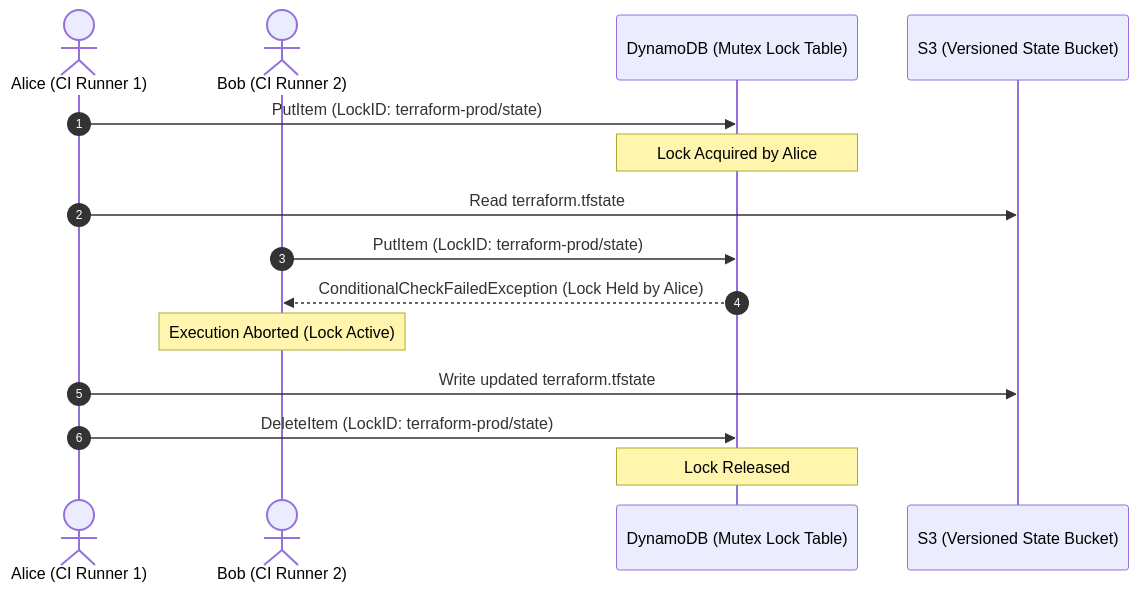
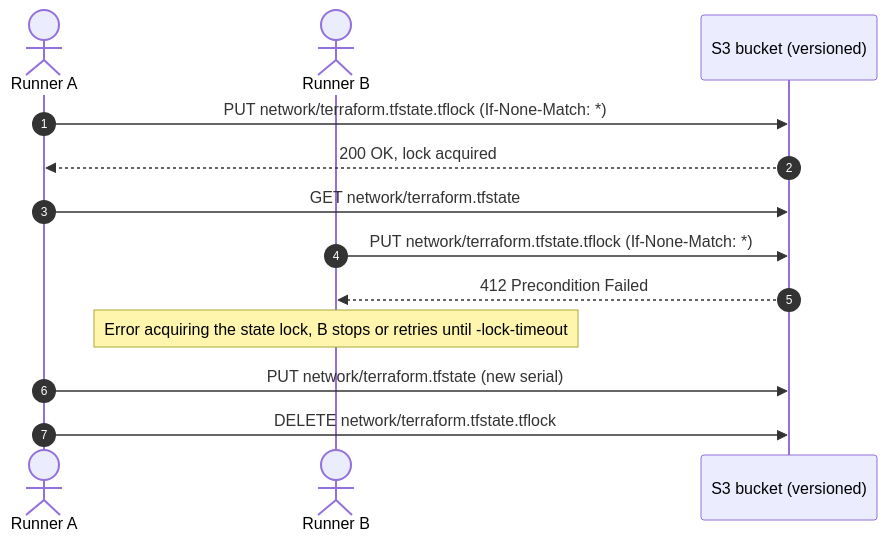
Before and after one commit to TheLearningHubOrg/learn-terraform: diagram 18 of 28 in README.md, drawn with Mermaid. The commit also changed other lines of this file and 31 other files, not shown here.

````diff
--- a/README.md
+++ b/README.md
@@ -454,20 +1805,16 @@
 ```mermaid
 sequenceDiagram
     autonumber
-    actor Alice as Alice (CI Runner 1)
-    actor Bob as Bob (CI Runner 2)
-    participant Dynamo as DynamoDB (Mutex Lock Table)
-    participant S3 as S3 (Versioned State Bucket)
+    actor A as Runner A
+    actor B as Runner B
+    participant S3 as S3 bucket (versioned)
 
-    Alice->>Dynamo: PutItem (LockID: terraform-prod/state)
-    Note over Dynamo: Lock Acquired by Alice
-    Alice->>S3: Read terraform.tfstate
-    
-    Bob->>Dynamo: PutItem (LockID: terraform-prod/state)
-    Dynamo-->>Bob: ConditionalCheckFailedException (Lock Held by Alice)
-    Note over Bob: Execution Aborted (Lock Active)
-
-    Alice->>S3: Write updated terraform.tfstate
-    Alice->>Dynamo: DeleteItem (LockID: terraform-prod/state)
-    Note over Dynamo: Lock Released
+    A->>S3: PUT network/terraform.tfstate.tflock (If-None-Match: *)
+    S3-->>A: 200 OK, lock acquired
+    A->>S3: GET network/terraform.tfstate
+    B->>S3: PUT network/terraform.tfstate.tflock (If-None-Match: *)
+    S3-->>B: 412 Precondition Failed
+    Note over B: Error acquiring the state lock, B stops or retries until -lock-timeout
+    A->>S3: PUT network/terraform.tfstate (new serial)
+    A->>S3: DELETE network/terraform.tfstate.tflock
 ```
````
